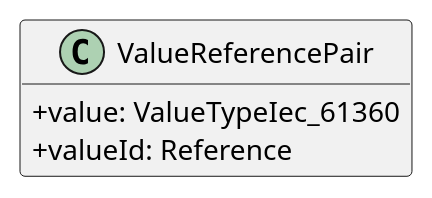
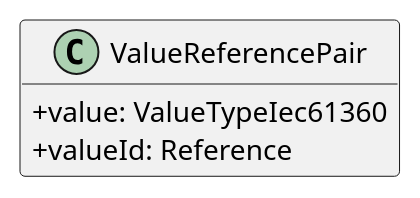
The diagram in output/classes/ValueReferencePair.puml (zrgt/py2puml), drawn with PlantUML before and after one commit. The commit also changed 13 other files, not shown here.

```diff
--- a/output/classes/ValueReferencePair.puml
+++ b/output/classes/ValueReferencePair.puml
@@ -1,9 +1,9 @@
 @startuml
 skinparam classAttributeIconSize 0
 hide methods
 
 class ValueReferencePair {
-  +value: ValueTypeIec_61360 
+  +value: ValueTypeIec61360 
   +valueId: Reference 
 }
 @enduml
```
